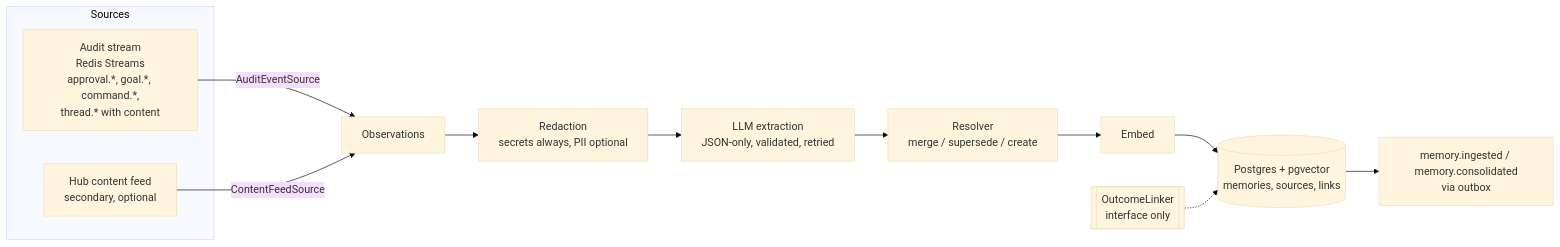
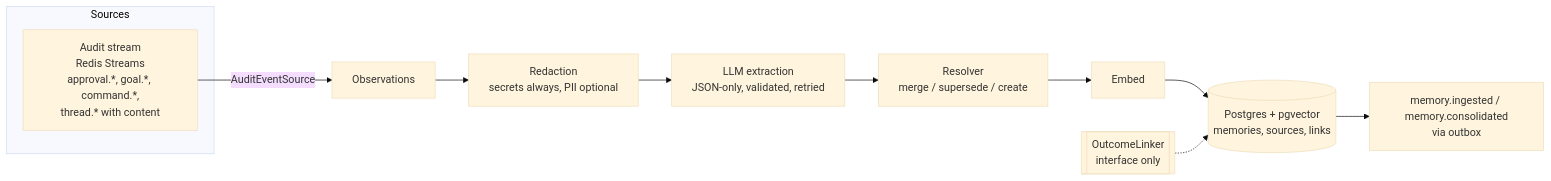
One commit to smallseedlabs/proba-memory changed the first of 5 diagrams in docs/ARCHITECTURE.md. Above: the diagram before and after it, drawn with Mermaid (base theme). The commit also changed other lines of this file and 2 other files, not shown here.

First line of the commit message:
docs(memory): remove Hub content feed claim (#6)

````diff
--- a/docs/ARCHITECTURE.md
+++ b/docs/ARCHITECTURE.md
@@ -40,16 +40,14 @@
 ```mermaid
 flowchart LR
   subgraph Sources
     A[Audit stream<br/>Redis Streams<br/>approval.*, goal.*, command.*,<br/>thread.* with content]
-    H[Hub content feed<br/>secondary, optional]
   end
   A -->|AuditEventSource| O[Observations]
-  H -->|ContentFeedSource| O
   O --> R[Redaction<br/>secrets always, PII optional]
   R --> X[LLM extraction<br/>JSON-only, validated, retried]
   X --> V[Resolver<br/>merge / supersede / create]
   V --> E[Embed]
   E --> S[(Postgres + pgvector<br/>memories, sources, links)]
   S --> Q[memory.ingested / memory.consolidated<br/>via outbox]
   OL[[OutcomeLinker<br/>interface only]] -.-> S
 ```
````
